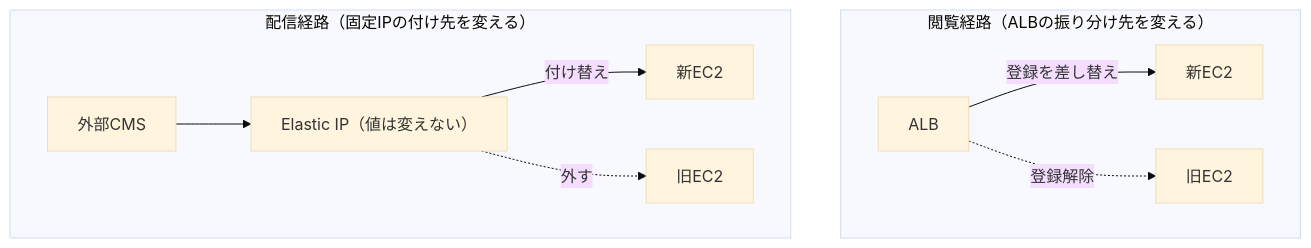
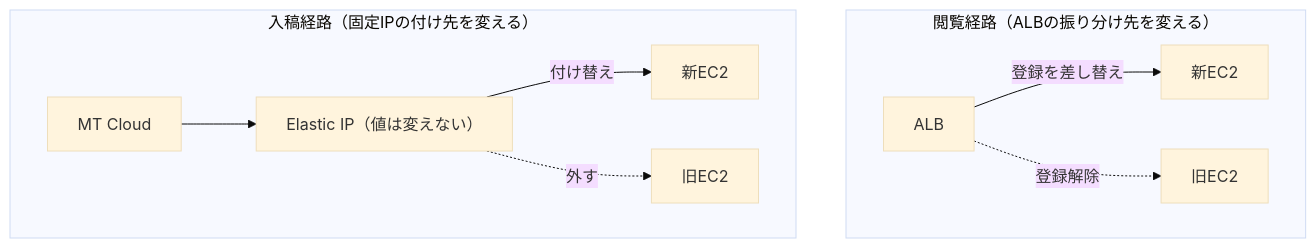
The first of 2 diagrams in articles/202608-linux-al2023-migration-cutover.md (vspgkyo11/Zenn-Connect), drawn with Mermaid (base theme) before and after one commit. The commit also changed other lines of this file, not shown here.

````diff
--- a/articles/202608-linux-al2023-migration-cutover.md
+++ b/articles/202608-linux-al2023-migration-cutover.md
@@ -49,12 +49,12 @@
 ```mermaid
 graph TB
     subgraph L1["閲覧経路（ALBの振り分け先を変える）"]
         ALB["ALB"] -->|登録を差し替え| N1["新EC2"]
         ALB -.->|登録解除| O1["旧EC2"]
     end
-    subgraph L2["配信経路（固定IPの付け先を変える）"]
-        CMS["外部CMS"] --> EIP["Elastic IP（値は変えない）"]
+    subgraph L2["入稿経路（固定IPの付け先を変える）"]
+        CMS["MT Cloud"] --> EIP["Elastic IP（値は変えない）"]
         EIP -->|付け替え| N2["新EC2"]
         EIP -.->|外す| O2["旧EC2"]
     end
 ```
````
